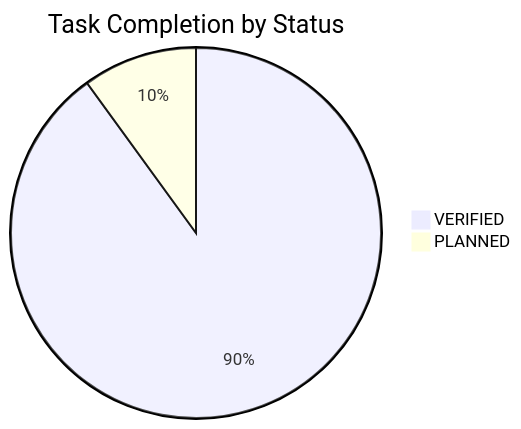
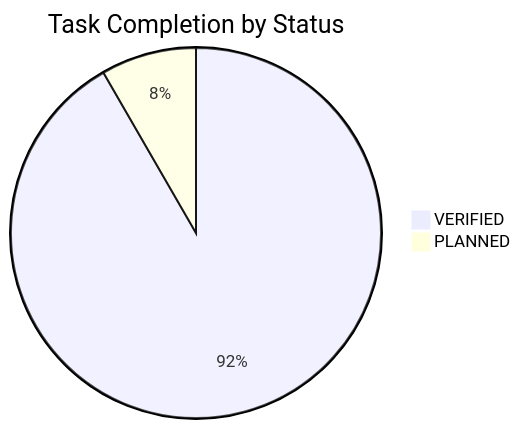
Before and after one commit to NguyenTriBaoThang/ClearWayAI: the diagram in docs/TASK_BOARD.md, drawn with Mermaid. The commit also changed other lines of this file and 9 other files, not shown here.

````diff
--- a/docs/TASK_BOARD.md
+++ b/docs/TASK_BOARD.md
@@ -16,5 +16,5 @@
 ```mermaid
 pie title Task Completion by Status
-    "VERIFIED" : 54
-    "PLANNED" : 6
+    "VERIFIED" : 55
+    "PLANNED" : 5
 ```
````
